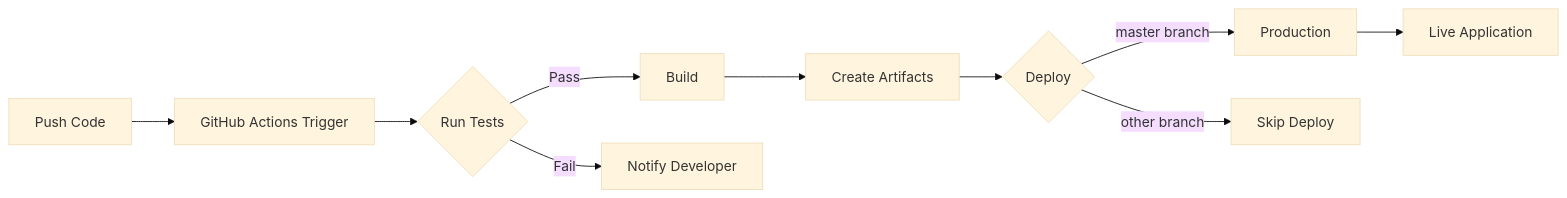
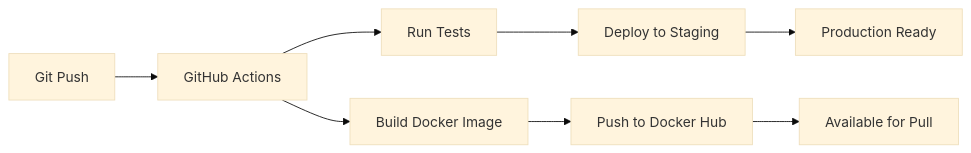
The diagram in README.md (engrmumtazali0112/Flask-CI-CD-Demo-Application), drawn with Mermaid (base theme) before and after one commit. The commit also changed other lines of this file, not shown here.

````diff
--- a/README.md
+++ b/README.md
@@ -362,12 +413,10 @@
 ```mermaid
 graph LR
-    A[Push Code] --> B[GitHub Actions Trigger]
-    B --> C{Run Tests}
-    C -->|Pass| D[Build]
-    C -->|Fail| E[Notify Developer]
-    D --> F[Create Artifacts]
-    F --> G{Deploy}
-    G -->|master branch| H[Production]
-    G -->|other branch| I[Skip Deploy]
-    H --> J[Live Application]
+    A[Git Push] --> B[GitHub Actions]
+    B --> C[Run Tests]
+    B --> D[Build Docker Image]
+    C --> E[Deploy to Staging]
+    D --> F[Push to Docker Hub]
+    F --> G[Available for Pull]
+    E --> H[Production Ready]
 ```
````
